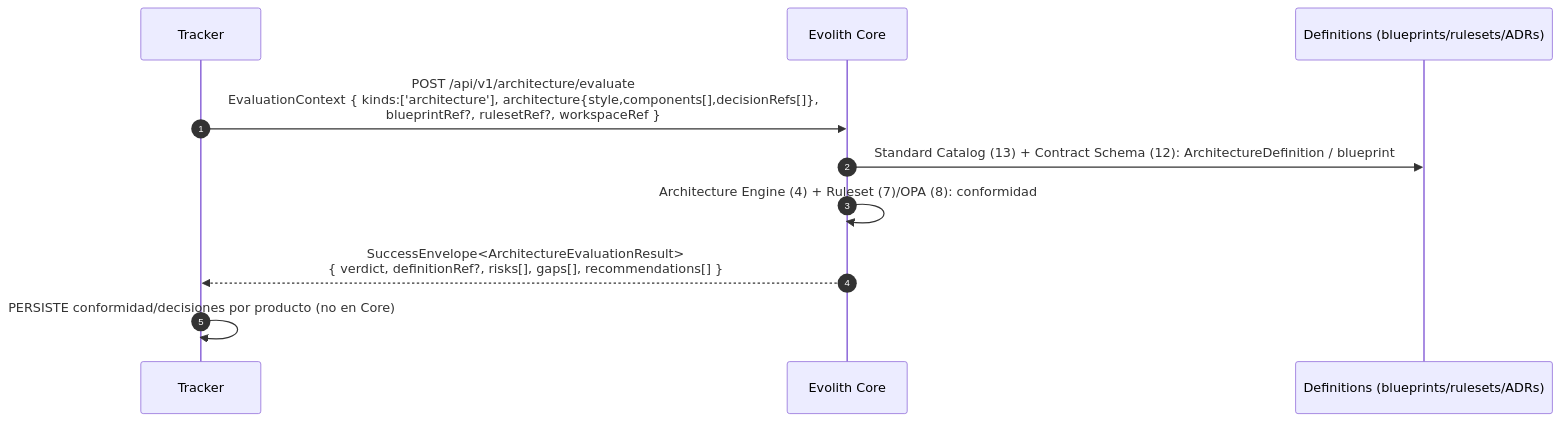
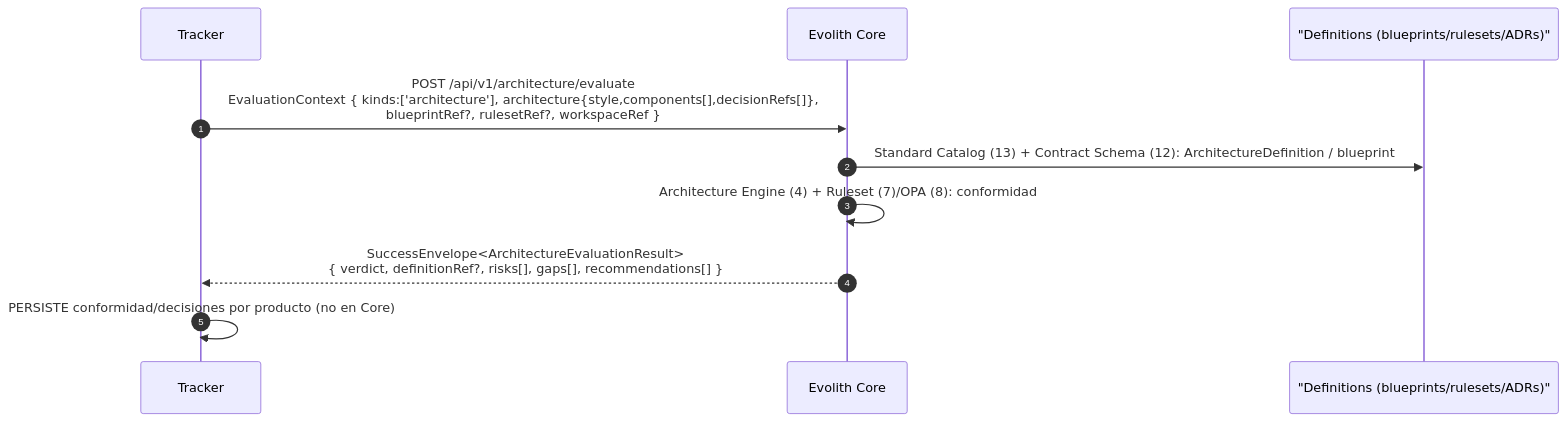
The third of 4 diagrams in reference/core/core-evaluation-engine-design.es.md (beyondnetcode/evolith_arch32), drawn with Mermaid before and after one commit. The commit also changed other lines of this file and 6 other files, not shown here.

First line of the commit message:
fix(docs): green the documentation validator (links, symbols, mermaid)

````diff
--- a/reference/core/core-evaluation-engine-design.es.md
+++ b/reference/core/core-evaluation-engine-design.es.md
@@ -846,13 +846,13 @@
 ```mermaid
 sequenceDiagram
     autonumber
     participant TK as Tracker
     participant CORE as Evolith Core
-    participant DEFS as Definitions (blueprints/rulesets/ADRs)
+    participant DEFS as "Definitions (blueprints/rulesets/ADRs)"
 
     TK->>CORE: POST /api/v1/architecture/evaluate<br/>EvaluationContext { kinds:['architecture'], architecture{style,components[],decisionRefs[]},<br/>blueprintRef?, rulesetRef?, workspaceRef }
     CORE->>DEFS: Standard Catalog (13) + Contract Schema (12): ArchitectureDefinition / blueprint
     CORE->>CORE: Architecture Engine (4) + Ruleset (7)/OPA (8): conformidad
     CORE-->>TK: SuccessEnvelope<ArchitectureEvaluationResult><br/>{ verdict, definitionRef?, risks[], gaps[], recommendations[] }
     TK->>TK: PERSISTE conformidad/decisiones por producto (no en Core)
 ```
````
